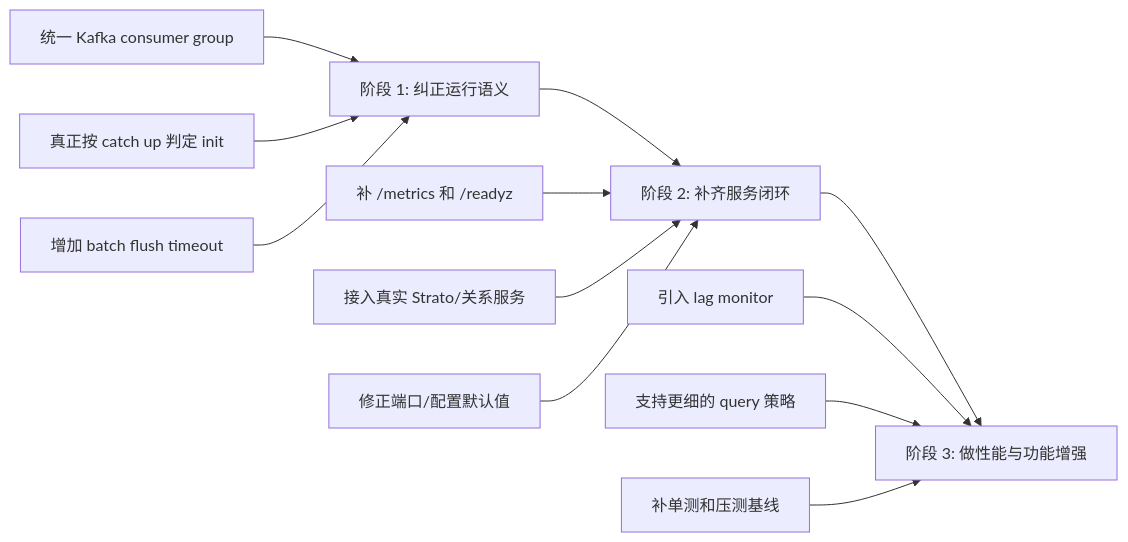
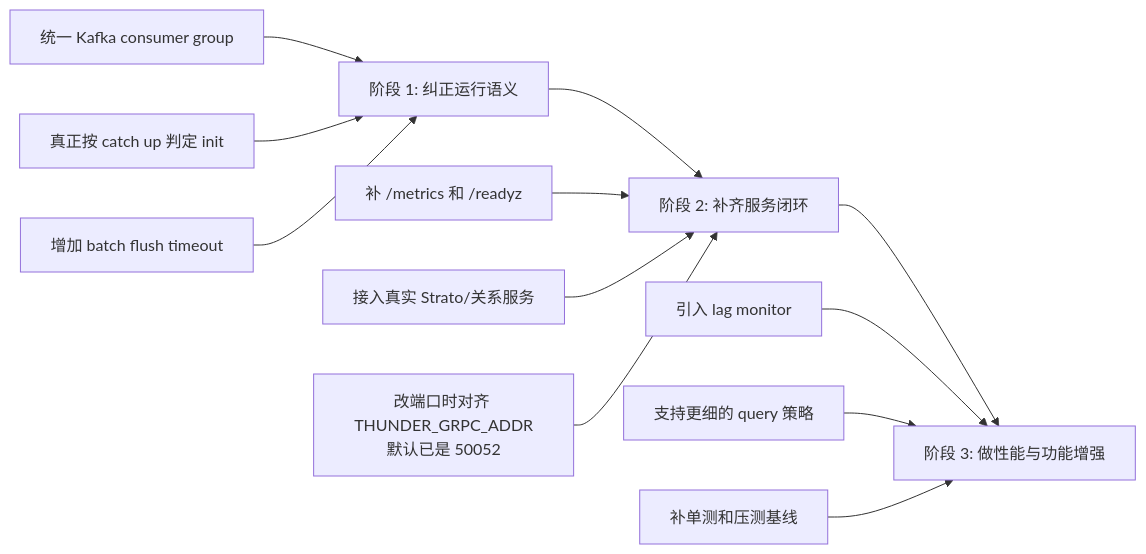
Before and after one commit to freefcw/x-algorithm: the diagram in docs/thunder/06-risks-and-roadmap.md, drawn with Mermaid. The commit also changed 5 other files, not shown here.

````diff
--- a/docs/thunder/06-risks-and-roadmap.md
+++ b/docs/thunder/06-risks-and-roadmap.md
@@ -29,17 +29,17 @@
 ```mermaid
 flowchart LR
     A[阶段 1: 纠正运行语义] --> B[阶段 2: 补齐服务闭环]
     B --> C[阶段 3: 做性能与功能增强]
 
     A1[统一 Kafka consumer group] --> A
     A2[真正按 catch up 判定 init] --> A
     A3[增加 batch flush timeout] --> A
 
     B1[补 /metrics 和 /readyz] --> B
     B2[接入真实 Strato/关系服务] --> B
-    B3[修正端口/配置默认值] --> B
+    B3[改端口时对齐 THUNDER_GRPC_ADDR<br/>默认已是 50052] --> B
 
     C1[引入 lag monitor] --> C
     C2[支持更细的 query 策略] --> C
     C3[补单测和压测基线] --> C
 ```
````
